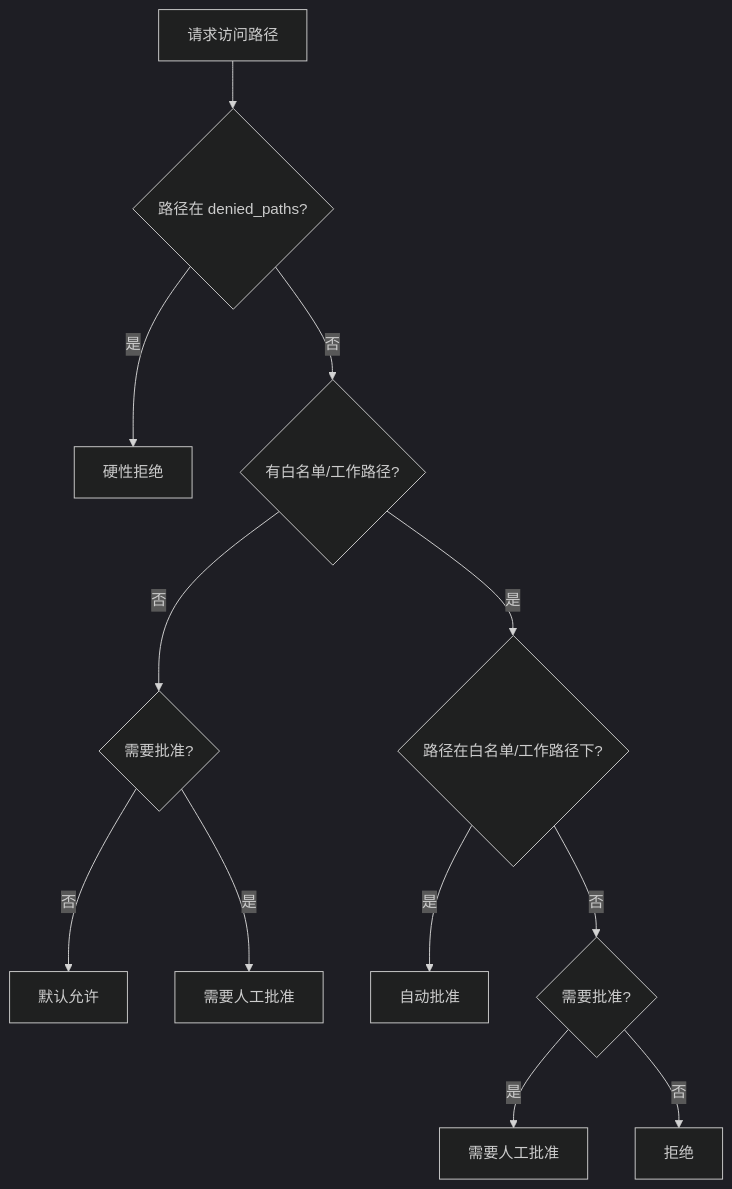
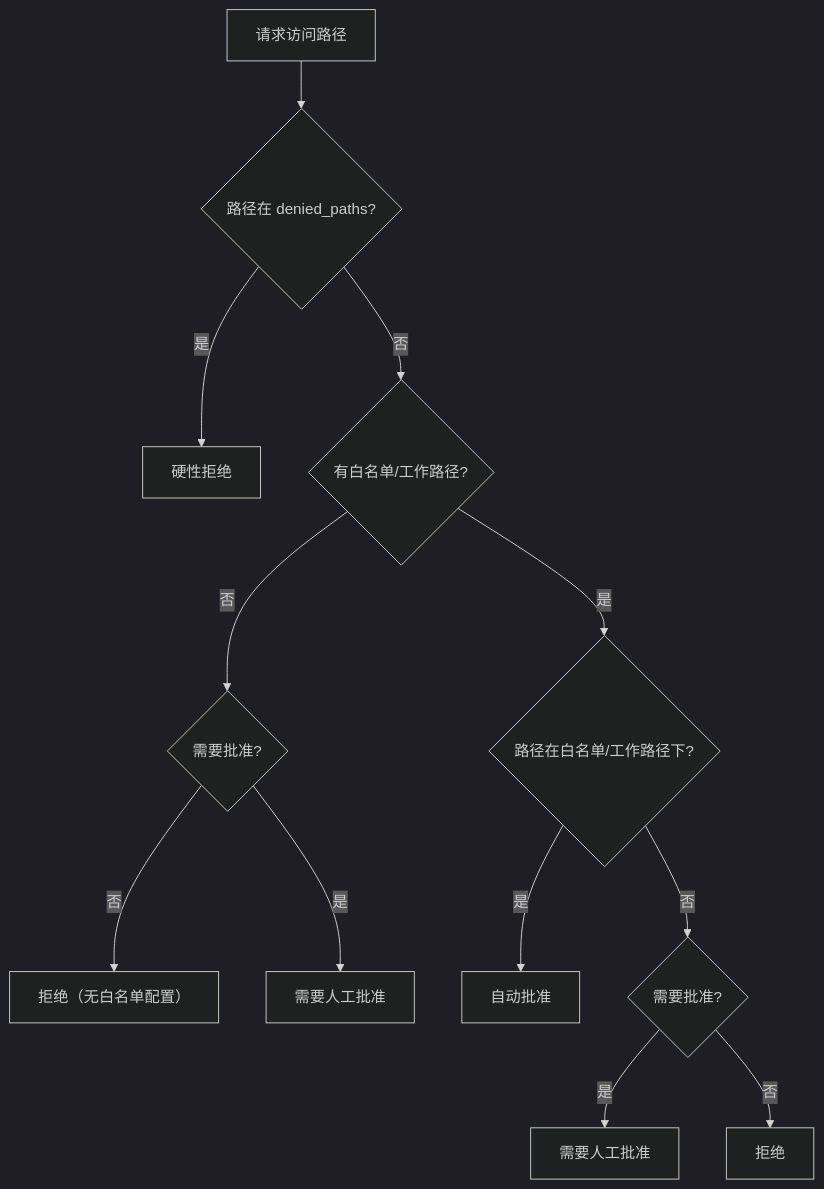
The diagram in docs/builtin-abilities.md (ghrah/ghrah-core), drawn with Mermaid (dark theme) before and after one commit. The commit also changed other lines of this file and 3 other files, not shown here.

Commit message:
fix(fs_permissions)：未配置白名单时拒绝所有访问 使行为与文档保持一致：当 `allowed_paths` 和 `workspace_root` 均未配置且 `require_approval=False` 时，现在默认 拒绝所有文件访问，而不是允许。 - 更新 `check_access`，使其在不存在白名单时返回 `False` 并提示 "Permission denied: no allowed paths configured"（权限被拒绝：未配置允许的路径） - 更新测试以验证新的默认拒绝行为 - 更新文档流程图和 parameteron 以反映纠正后的行为

````diff
--- a/docs/builtin-abilities.md
+++ b/docs/builtin-abilities.md
@@ -512,14 +512,14 @@
 ```mermaid
 flowchart TD
     A[请求访问路径] --> D{路径在 denied_paths?}
     D -->|是| K[硬性拒绝]
     D -->|否| B{有白名单/工作路径?}
     B -->|否| C{需要批准?}
-    C -->|否| J[默认允许]
+    C -->|否| J[拒绝（无白名单配置）]
     C -->|是| E[需要人工批准]
     B -->|是| F{路径在白名单/工作路径下?}
     F -->|是| G[自动批准]
     F -->|否| H{需要批准?}
     H -->|是| I[需要人工批准]
     H -->|否| J2[拒绝]
 ```
````
